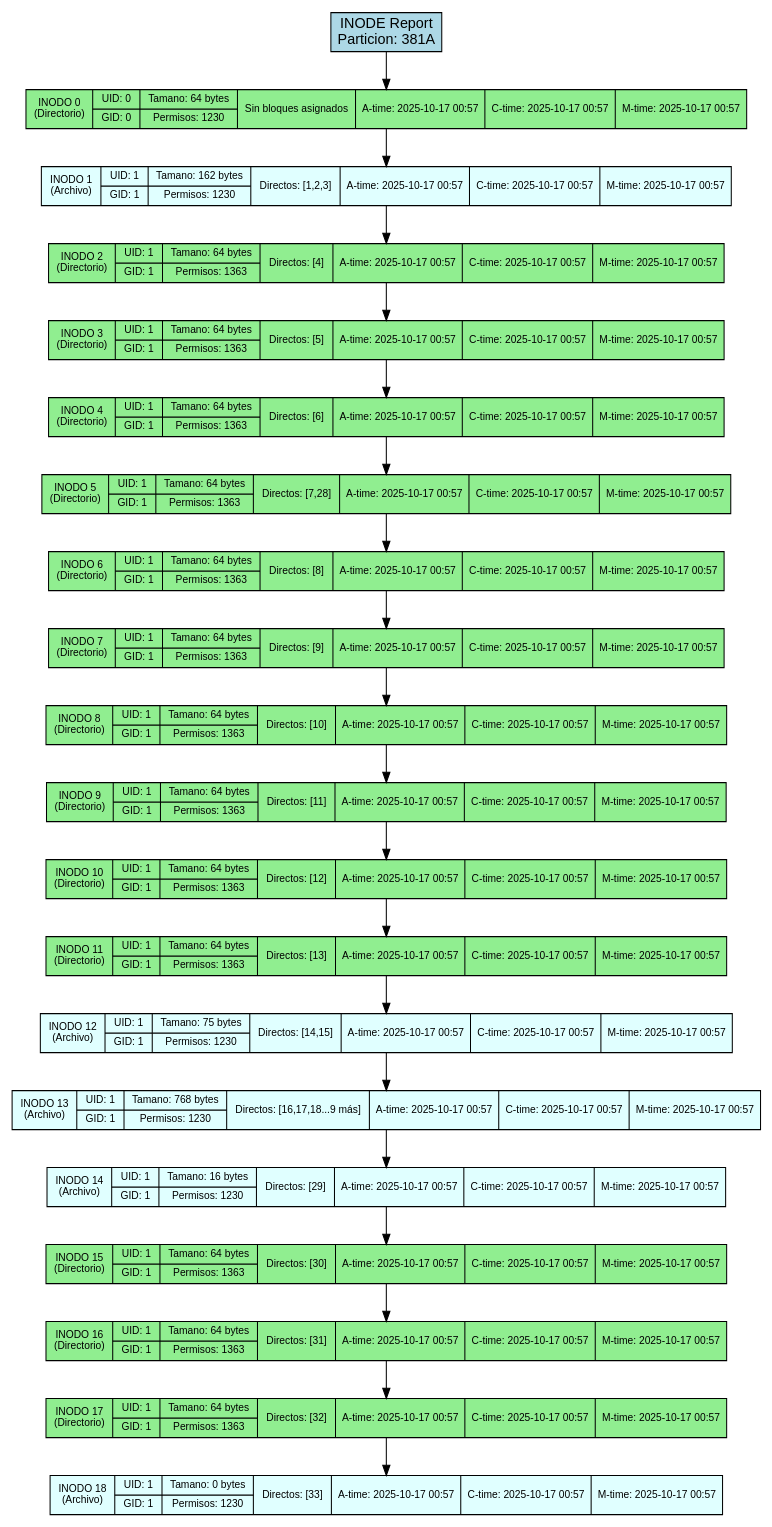
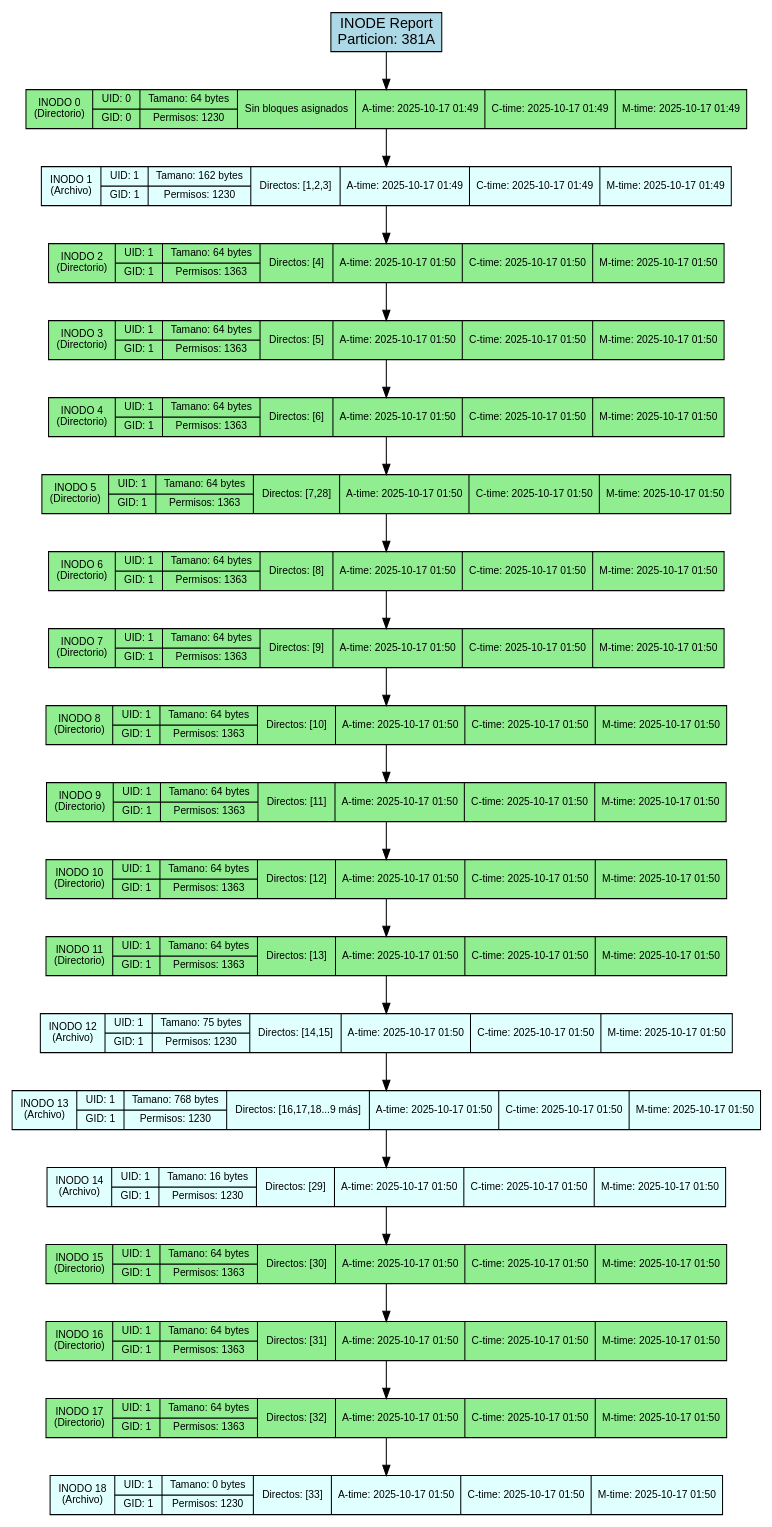
The diagram in backend/provider/reports/src/inode_381A.dot (DiegVas/MIA_2S2025_P2_202300638), drawn with Graphviz before and after one commit. The commit also changed 9 other files, not shown here.

```diff
--- a/backend/provider/reports/src/inode_381A.dot
+++ b/backend/provider/reports/src/inode_381A.dot
@@ -1,50 +1,50 @@
 digraph Inode_Report {
     rankdir=TB;
     node [shape=record, style=filled];
     graph [fontname="Arial", fontsize=12];
     node [fontname="Arial", fontsize=10];
     edge [fontname="Arial"];
 
     title [label="INODE Report\nParticion: 381A", fillcolor=lightblue, fontsize=14];
 
-    inode_0 [label="INODO 0\n(Directorio)|{UID: 0 | GID: 0}|{Tamano: 64 bytes | Permisos: 1230}|{Sin bloques asignados}|{A-time: 2025-10-17 00:57}|{C-time: 2025-10-17 00:57}|{M-time: 2025-10-17 00:57}", fillcolor=lightgreen];
-    inode_1 [label="INODO 1\n(Archivo)|{UID: 1 | GID: 1}|{Tamano: 162 bytes | Permisos: 1230}|{Directos: [1,2,3]}|{A-time: 2025-10-17 00:57}|{C-time: 2025-10-17 00:57}|{M-time: 2025-10-17 00:57}", fillcolor=lightcyan];
-    inode_2 [label="INODO 2\n(Directorio)|{UID: 1 | GID: 1}|{Tamano: 64 bytes | Permisos: 1363}|{Directos: [4]}|{A-time: 2025-10-17 00:57}|{C-time: 2025-10-17 00:57}|{M-time: 2025-10-17 00:57}", fillcolor=lightgreen];
-    inode_3 [label="INODO 3\n(Directorio)|{UID: 1 | GID: 1}|{Tamano: 64 bytes | Permisos: 1363}|{Directos: [5]}|{A-time: 2025-10-17 00:57}|{C-time: 2025-10-17 00:57}|{M-time: 2025-10-17 00:57}", fillcolor=lightgreen];
-    inode_4 [label="INODO 4\n(Directorio)|{UID: 1 | GID: 1}|{Tamano: 64 bytes | Permisos: 1363}|{Directos: [6]}|{A-time: 2025-10-17 00:57}|{C-time: 2025-10-17 00:57}|{M-time: 2025-10-17 00:57}", fillcolor=lightgreen];
-    inode_5 [label="INODO 5\n(Directorio)|{UID: 1 | GID: 1}|{Tamano: 64 bytes | Permisos: 1363}|{Directos: [7,28]}|{A-time: 2025-10-17 00:57}|{C-time: 2025-10-17 00:57}|{M-time: 2025-10-17 00:57}", fillcolor=lightgreen];
-    inode_6 [label="INODO 6\n(Directorio)|{UID: 1 | GID: 1}|{Tamano: 64 bytes | Permisos: 1363}|{Directos: [8]}|{A-time: 2025-10-17 00:57}|{C-time: 2025-10-17 00:57}|{M-time: 2025-10-17 00:57}", fillcolor=lightgreen];
-    inode_7 [label="INODO 7\n(Directorio)|{UID: 1 | GID: 1}|{Tamano: 64 bytes | Permisos: 1363}|{Directos: [9]}|{A-time: 2025-10-17 00:57}|{C-time: 2025-10-17 00:57}|{M-time: 2025-10-17 00:57}", fillcolor=lightgreen];
-    inode_8 [label="INODO 8\n(Directorio)|{UID: 1 | GID: 1}|{Tamano: 64 bytes | Permisos: 1363}|{Directos: [10]}|{A-time: 2025-10-17 00:57}|{C-time: 2025-10-17 00:57}|{M-time: 2025-10-17 00:57}", fillcolor=lightgreen];
-    inode_9 [label="INODO 9\n(Directorio)|{UID: 1 | GID: 1}|{Tamano: 64 bytes | Permisos: 1363}|{Directos: [11]}|{A-time: 2025-10-17 00:57}|{C-time: 2025-10-17 00:57}|{M-time: 2025-10-17 00:57}", fillcolor=lightgreen];
-    inode_10 [label="INODO 10\n(Directorio)|{UID: 1 | GID: 1}|{Tamano: 64 bytes | Permisos: 1363}|{Directos: [12]}|{A-time: 2025-10-17 00:57}|{C-time: 2025-10-17 00:57}|{M-time: 2025-10-17 00:57}", fillcolor=lightgreen];
-    inode_11 [label="INODO 11\n(Directorio)|{UID: 1 | GID: 1}|{Tamano: 64 bytes | Permisos: 1363}|{Directos: [13]}|{A-time: 2025-10-17 00:57}|{C-time: 2025-10-17 00:57}|{M-time: 2025-10-17 00:57}", fillcolor=lightgreen];
-    inode_12 [label="INODO 12\n(Archivo)|{UID: 1 | GID: 1}|{Tamano: 75 bytes | Permisos: 1230}|{Directos: [14,15]}|{A-time: 2025-10-17 00:57}|{C-time: 2025-10-17 00:57}|{M-time: 2025-10-17 00:57}", fillcolor=lightcyan];
-    inode_13 [label="INODO 13\n(Archivo)|{UID: 1 | GID: 1}|{Tamano: 768 bytes | Permisos: 1230}|{Directos: [16,17,18...9 más]}|{A-time: 2025-10-17 00:57}|{C-time: 2025-10-17 00:57}|{M-time: 2025-10-17 00:57}", fillcolor=lightcyan];
-    inode_14 [label="INODO 14\n(Archivo)|{UID: 1 | GID: 1}|{Tamano: 16 bytes | Permisos: 1230}|{Directos: [29]}|{A-time: 2025-10-17 00:57}|{C-time: 2025-10-17 00:57}|{M-time: 2025-10-17 00:57}", fillcolor=lightcyan];
-    inode_15 [label="INODO 15\n(Directorio)|{UID: 1 | GID: 1}|{Tamano: 64 bytes | Permisos: 1363}|{Directos: [30]}|{A-time: 2025-10-17 00:57}|{C-time: 2025-10-17 00:57}|{M-time: 2025-10-17 00:57}", fillcolor=lightgreen];
-    inode_16 [label="INODO 16\n(Directorio)|{UID: 1 | GID: 1}|{Tamano: 64 bytes | Permisos: 1363}|{Directos: [31]}|{A-time: 2025-10-17 00:57}|{C-time: 2025-10-17 00:57}|{M-time: 2025-10-17 00:57}", fillcolor=lightgreen];
-    inode_17 [label="INODO 17\n(Directorio)|{UID: 1 | GID: 1}|{Tamano: 64 bytes | Permisos: 1363}|{Directos: [32]}|{A-time: 2025-10-17 00:57}|{C-time: 2025-10-17 00:57}|{M-time: 2025-10-17 00:57}", fillcolor=lightgreen];
-    inode_18 [label="INODO 18\n(Archivo)|{UID: 1 | GID: 1}|{Tamano: 0 bytes | Permisos: 1230}|{Directos: [33]}|{A-time: 2025-10-17 00:57}|{C-time: 2025-10-17 00:57}|{M-time: 2025-10-17 00:57}", fillcolor=lightcyan];
+    inode_0 [label="INODO 0\n(Directorio)|{UID: 0 | GID: 0}|{Tamano: 64 bytes | Permisos: 1230}|{Sin bloques asignados}|{A-time: 2025-10-17 01:49}|{C-time: 2025-10-17 01:49}|{M-time: 2025-10-17 01:49}", fillcolor=lightgreen];
+    inode_1 [label="INODO 1\n(Archivo)|{UID: 1 | GID: 1}|{Tamano: 162 bytes | Permisos: 1230}|{Directos: [1,2,3]}|{A-time: 2025-10-17 01:49}|{C-time: 2025-10-17 01:49}|{M-time: 2025-10-17 01:49}", fillcolor=lightcyan];
+    inode_2 [label="INODO 2\n(Directorio)|{UID: 1 | GID: 1}|{Tamano: 64 bytes | Permisos: 1363}|{Directos: [4]}|{A-time: 2025-10-17 01:50}|{C-time: 2025-10-17 01:50}|{M-time: 2025-10-17 01:50}", fillcolor=lightgreen];
+    inode_3 [label="INODO 3\n(Directorio)|{UID: 1 | GID: 1}|{Tamano: 64 bytes | Permisos: 1363}|{Directos: [5]}|{A-time: 2025-10-17 01:50}|{C-time: 2025-10-17 01:50}|{M-time: 2025-10-17 01:50}", fillcolor=lightgreen];
+    inode_4 [label="INODO 4\n(Directorio)|{UID: 1 | GID: 1}|{Tamano: 64 bytes | Permisos: 1363}|{Directos: [6]}|{A-time: 2025-10-17 01:50}|{C-time: 2025-10-17 01:50}|{M-time: 2025-10-17 01:50}", fillcolor=lightgreen];
+    inode_5 [label="INODO 5\n(Directorio)|{UID: 1 | GID: 1}|{Tamano: 64 bytes | Permisos: 1363}|{Directos: [7,28]}|{A-time: 2025-10-17 01:50}|{C-time: 2025-10-17 01:50}|{M-time: 2025-10-17 01:50}", fillcolor=lightgreen];
+    inode_6 [label="INODO 6\n(Directorio)|{UID: 1 | GID: 1}|{Tamano: 64 bytes | Permisos: 1363}|{Directos: [8]}|{A-time: 2025-10-17 01:50}|{C-time: 2025-10-17 01:50}|{M-time: 2025-10-17 01:50}", fillcolor=lightgreen];
+    inode_7 [label="INODO 7\n(Directorio)|{UID: 1 | GID: 1}|{Tamano: 64 bytes | Permisos: 1363}|{Directos: [9]}|{A-time: 2025-10-17 01:50}|{C-time: 2025-10-17 01:50}|{M-time: 2025-10-17 01:50}", fillcolor=lightgreen];
+    inode_8 [label="INODO 8\n(Directorio)|{UID: 1 | GID: 1}|{Tamano: 64 bytes | Permisos: 1363}|{Directos: [10]}|{A-time: 2025-10-17 01:50}|{C-time: 2025-10-17 01:50}|{M-time: 2025-10-17 01:50}", fillcolor=lightgreen];
+    inode_9 [label="INODO 9\n(Directorio)|{UID: 1 | GID: 1}|{Tamano: 64 bytes | Permisos: 1363}|{Directos: [11]}|{A-time: 2025-10-17 01:50}|{C-time: 2025-10-17 01:50}|{M-time: 2025-10-17 01:50}", fillcolor=lightgreen];
+    inode_10 [label="INODO 10\n(Directorio)|{UID: 1 | GID: 1}|{Tamano: 64 bytes | Permisos: 1363}|{Directos: [12]}|{A-time: 2025-10-17 01:50}|{C-time: 2025-10-17 01:50}|{M-time: 2025-10-17 01:50}", fillcolor=lightgreen];
+    inode_11 [label="INODO 11\n(Directorio)|{UID: 1 | GID: 1}|{Tamano: 64 bytes | Permisos: 1363}|{Directos: [13]}|{A-time: 2025-10-17 01:50}|{C-time: 2025-10-17 01:50}|{M-time: 2025-10-17 01:50}", fillcolor=lightgreen];
+    inode_12 [label="INODO 12\n(Archivo)|{UID: 1 | GID: 1}|{Tamano: 75 bytes | Permisos: 1230}|{Directos: [14,15]}|{A-time: 2025-10-17 01:50}|{C-time: 2025-10-17 01:50}|{M-time: 2025-10-17 01:50}", fillcolor=lightcyan];
+    inode_13 [label="INODO 13\n(Archivo)|{UID: 1 | GID: 1}|{Tamano: 768 bytes | Permisos: 1230}|{Directos: [16,17,18...9 más]}|{A-time: 2025-10-17 01:50}|{C-time: 2025-10-17 01:50}|{M-time: 2025-10-17 01:50}", fillcolor=lightcyan];
+    inode_14 [label="INODO 14\n(Archivo)|{UID: 1 | GID: 1}|{Tamano: 16 bytes | Permisos: 1230}|{Directos: [29]}|{A-time: 2025-10-17 01:50}|{C-time: 2025-10-17 01:50}|{M-time: 2025-10-17 01:50}", fillcolor=lightcyan];
+    inode_15 [label="INODO 15\n(Directorio)|{UID: 1 | GID: 1}|{Tamano: 64 bytes | Permisos: 1363}|{Directos: [30]}|{A-time: 2025-10-17 01:50}|{C-time: 2025-10-17 01:50}|{M-time: 2025-10-17 01:50}", fillcolor=lightgreen];
+    inode_16 [label="INODO 16\n(Directorio)|{UID: 1 | GID: 1}|{Tamano: 64 bytes | Permisos: 1363}|{Directos: [31]}|{A-time: 2025-10-17 01:50}|{C-time: 2025-10-17 01:50}|{M-time: 2025-10-17 01:50}", fillcolor=lightgreen];
+    inode_17 [label="INODO 17\n(Directorio)|{UID: 1 | GID: 1}|{Tamano: 64 bytes | Permisos: 1363}|{Directos: [32]}|{A-time: 2025-10-17 01:50}|{C-time: 2025-10-17 01:50}|{M-time: 2025-10-17 01:50}", fillcolor=lightgreen];
+    inode_18 [label="INODO 18\n(Archivo)|{UID: 1 | GID: 1}|{Tamano: 0 bytes | Permisos: 1230}|{Directos: [33]}|{A-time: 2025-10-17 01:50}|{C-time: 2025-10-17 01:50}|{M-time: 2025-10-17 01:50}", fillcolor=lightcyan];
 
     // Conexiones de la lista enlazada
     title -> inode_0;
     inode_0 -> inode_1;
     inode_1 -> inode_2;
     inode_2 -> inode_3;
     inode_3 -> inode_4;
     inode_4 -> inode_5;
     inode_5 -> inode_6;
     inode_6 -> inode_7;
     inode_7 -> inode_8;
     inode_8 -> inode_9;
     inode_9 -> inode_10;
     inode_10 -> inode_11;
     inode_11 -> inode_12;
     inode_12 -> inode_13;
     inode_13 -> inode_14;
     inode_14 -> inode_15;
     inode_15 -> inode_16;
     inode_16 -> inode_17;
     inode_17 -> inode_18;
 }
```
